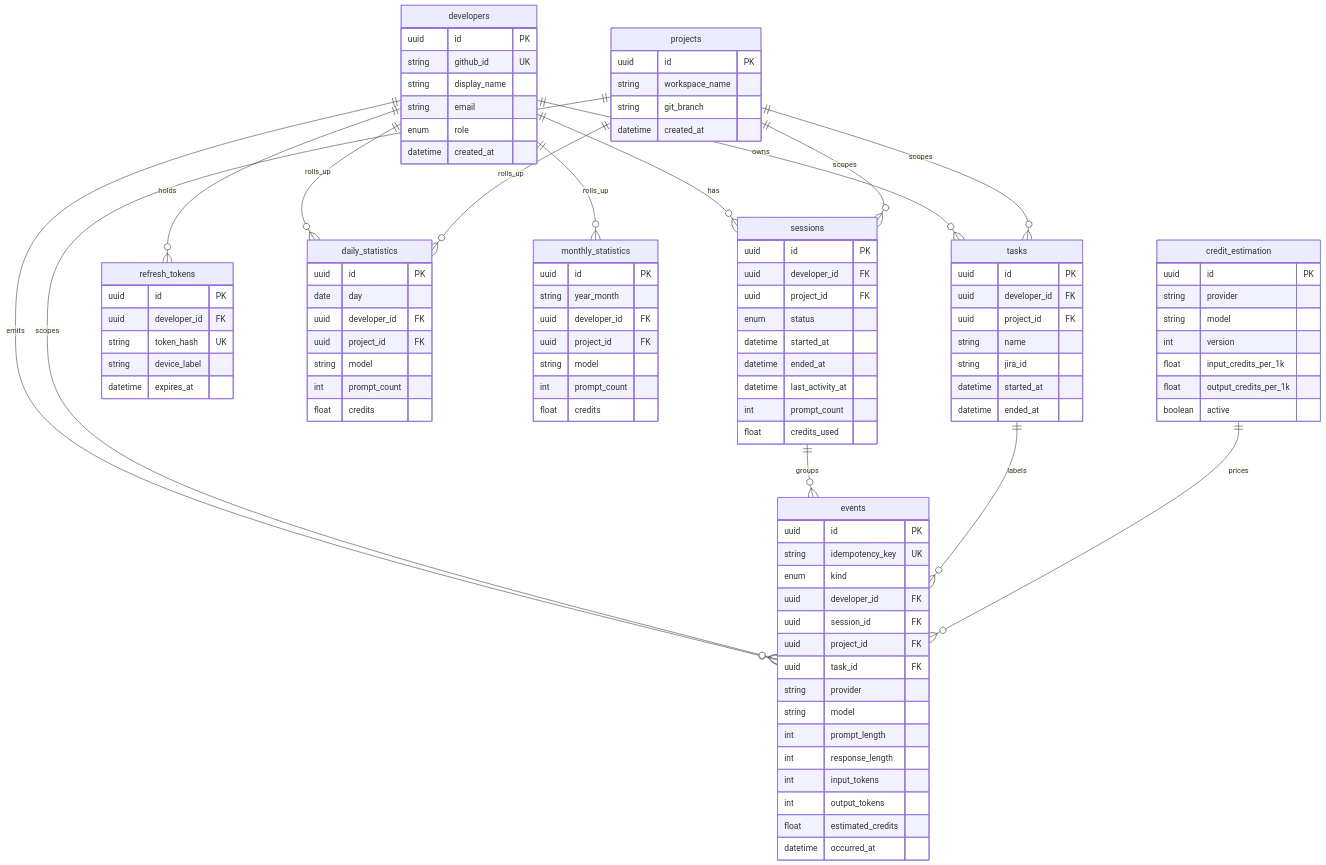
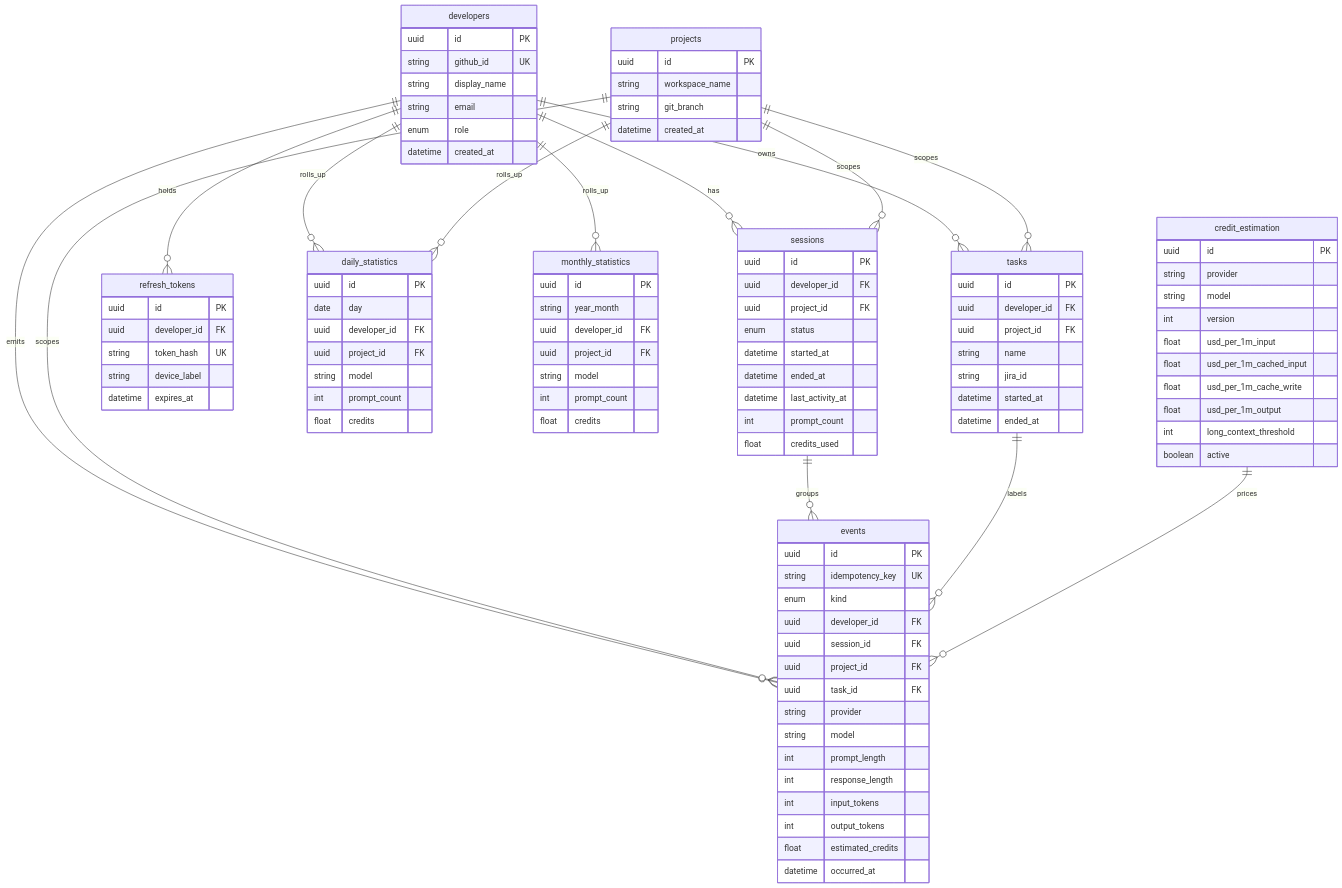
Before and after one commit to iVoGia/CopilotUsageTracker: the diagram in docs/architecture/database.md, drawn with Mermaid. The commit also changed 20 other files, not shown here.

```diff
--- a/docs/architecture/database.md
+++ b/docs/architecture/database.md
@@ -101,8 +101,11 @@
     string provider
     string model
     int version
-    float input_credits_per_1k
-    float output_credits_per_1k
+    float usd_per_1m_input
+    float usd_per_1m_cached_input
+    float usd_per_1m_cache_write
+    float usd_per_1m_output
+    int long_context_threshold
     boolean active
   }
 
```
